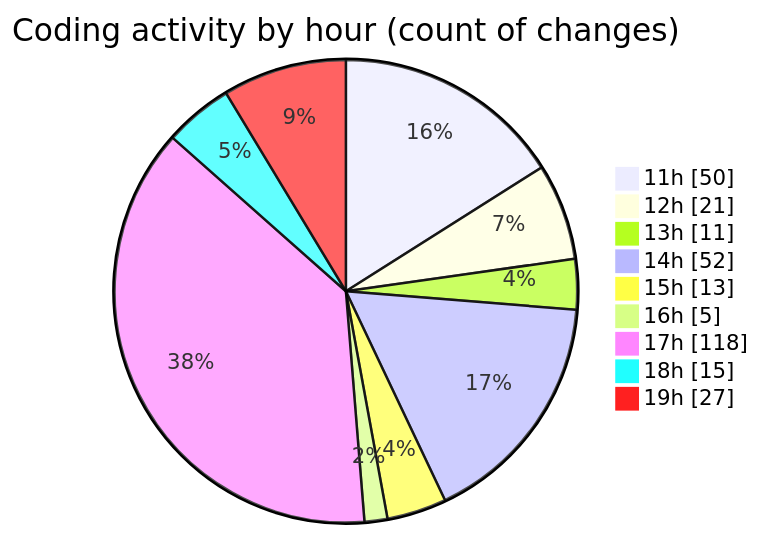
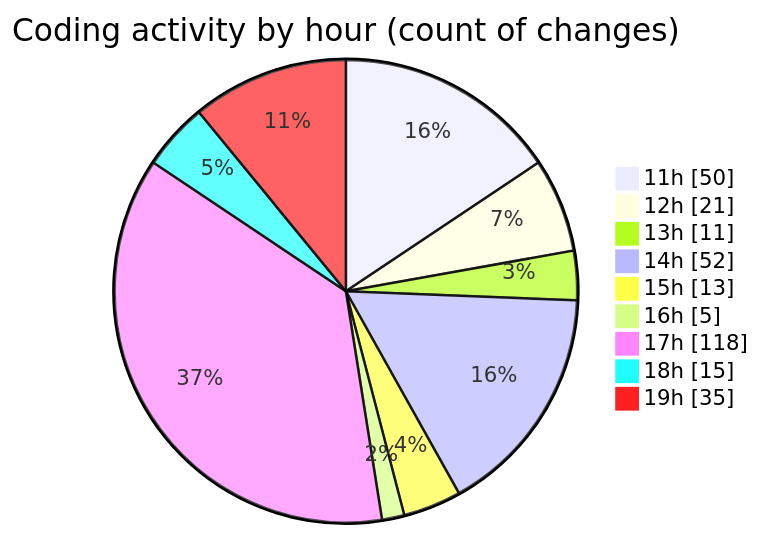
Before and after one commit to tmsrecording-cyber/code-tracking: the second of 2 diagrams in 2026-02-06/singularitybrainai/README.md, drawn with Mermaid. The commit also changed other lines of this file and 1 other file, not shown here.

````diff
--- a/2026-02-06/singularitybrainai/README.md
+++ b/2026-02-06/singularitybrainai/README.md
@@ -47,13 +50,13 @@
 ```mermaid
 pie showData
 title Coding activity by hour (count of changes)
 "11h" : 50
 "12h" : 21
 "13h" : 11
 "14h" : 52
 "15h" : 13
 "16h" : 5
 "17h" : 118
 "18h" : 15
-"19h" : 27
+"19h" : 35
 ```
````
